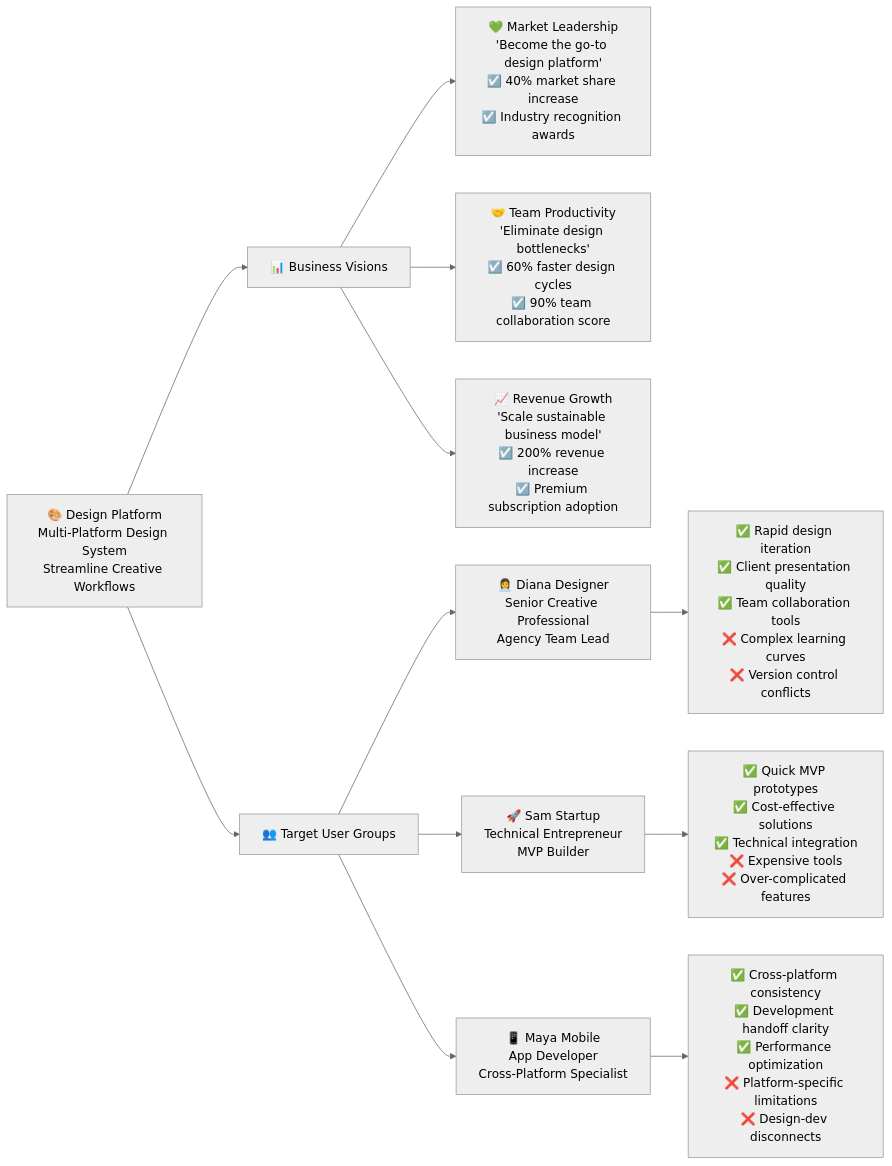
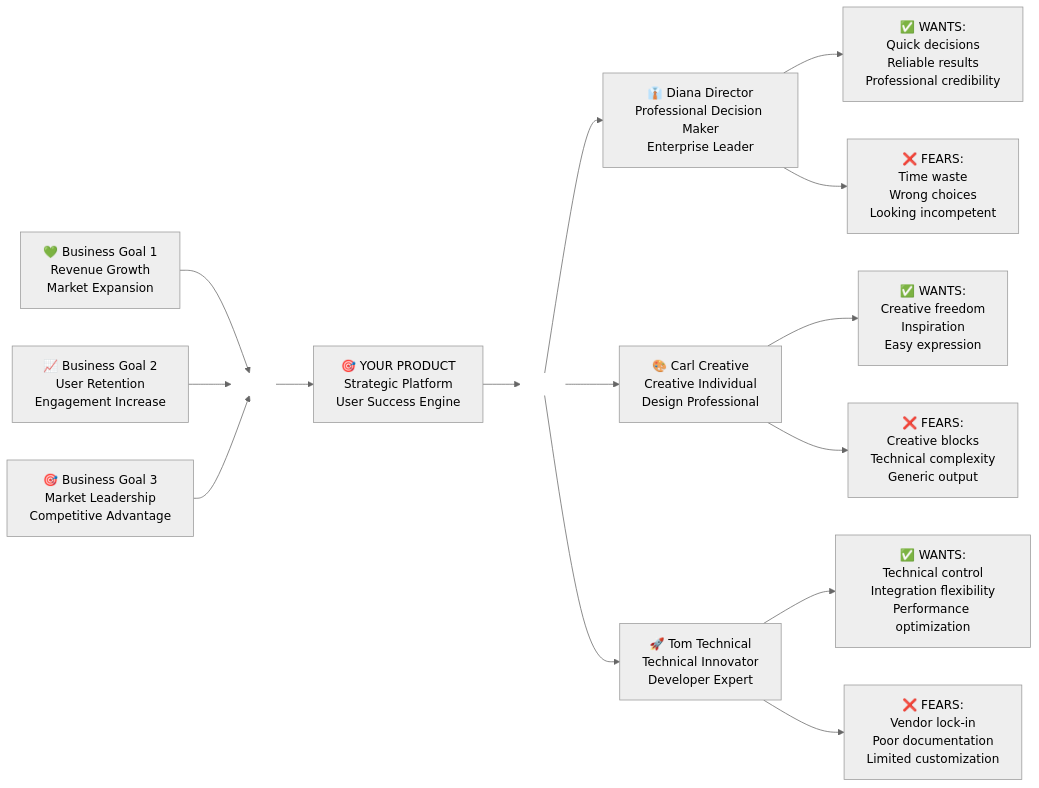
One commit to whiteport-collective/whiteport-sketch-to-code-bmad-expansion changed the diagram in Method/00-whiteport-method.md. Above: the diagram before and after it, drawn with Mermaid (neutral theme). The commit also changed 4 other files, not shown here.

````diff
--- a/Method/00-whiteport-method.md
+++ b/Method/00-whiteport-method.md
@@ -70,22 +70,51 @@
 ```mermaid
-graph LR
-    %% Central Project Node
-    PROJECT["🎨 Design Platform<br/>Multi-Platform Design System<br/>Streamline Creative Workflows"]
+flowchart LR
+    %% Business Goals (Left Side)
+    B1["💚 Business Goal 1<br/>Revenue Growth<br/>Market Expansion"]
+    B2["📈 Business Goal 2<br/>User Retention<br/>Engagement Increase"] 
+    B3["🎯 Business Goal 3<br/>Market Leadership<br/>Competitive Advantage"]
     
-    %% Business Visions Branch
-    PROJECT --> BV["📊 Business Visions"]
-    BV --> BV1["💚 Market Leadership<br/>'Become the go-to design platform'<br/>☑️ 40% market share increase<br/>☑️ Industry recognition awards"]
-    BV --> BV2["🤝 Team Productivity<br/>'Eliminate design bottlenecks'<br/>☑️ 60% faster design cycles<br/>☑️ 90% team collaboration score"]
-    BV --> BV3["📈 Revenue Growth<br/>'Scale sustainable business model'<br/>☑️ 200% revenue increase<br/>☑️ Premium subscription adoption"]
+    %% Invisible convergence point for business goals
+    CONV1[" "]
+    style CONV1 fill:transparent,stroke:transparent
     
-    %% Target User Groups Branch  
-    PROJECT --> TG["👥 Target User Groups"]
-    TG --> TG1["👩‍💼 Diana Designer<br/>Senior Creative Professional<br/>Agency Team Lead"]
-    TG --> TG2["🚀 Sam Startup<br/>Technical Entrepreneur<br/>MVP Builder"]
-    TG --> TG3["📱 Maya Mobile<br/>App Developer<br/>Cross-Platform Specialist"]
+    %% Central Platform (Middle)
+    A["🎯 YOUR PRODUCT<br/>Strategic Platform<br/>User Success Engine"]
     
-    %% Usage Goals for Each Persona
-    TG1 --> UG1["✅ Rapid design iteration<br/>✅ Client presentation quality<br/>✅ Team collaboration tools<br/>❌ Complex learning curves<br/>❌ Version control conflicts"]
-    TG2 --> UG2["✅ Quick MVP prototypes<br/>✅ Cost-effective solutions<br/>✅ Technical integration<br/>❌ Expensive tools<br/>❌ Over-complicated features"]
-    TG3 --> UG3["✅ Cross-platform consistency<br/>✅ Development handoff clarity<br/>✅ Performance optimization<br/>❌ Platform-specific limitations<br/>❌ Design-dev disconnects"]
+    %% Invisible divergence point for target groups
+    DIV1[" "]
+    style DIV1 fill:transparent,stroke:transparent
+    
+    %% Target Groups (Right Side)
+    U1["👔 Diana Director<br/>Professional Decision Maker<br/>Enterprise Leader"]
+    U2["🎨 Carl Creative<br/>Creative Individual<br/>Design Professional"]
+    U3["🚀 Tom Technical<br/>Technical Innovator<br/>Developer Expert"]
+    
+    %% Usage Goals (Far Right)
+    U1P["✅ WANTS:<br/>Quick decisions<br/>Reliable results<br/>Professional credibility"]
+    U1N["❌ FEARS:<br/>Time waste<br/>Wrong choices<br/>Looking incompetent"]
+    
+    U2P["✅ WANTS:<br/>Creative freedom<br/>Inspiration<br/>Easy expression"]
+    U2N["❌ FEARS:<br/>Creative blocks<br/>Technical complexity<br/>Generic output"]
+    
+    U3P["✅ WANTS:<br/>Technical control<br/>Integration flexibility<br/>Performance optimization"]
+    U3N["❌ FEARS:<br/>Vendor lock-in<br/>Poor documentation<br/>Limited customization"]
+
+    %% Connections: Business Goals converge → Platform → Target Groups diverge → Usage Goals
+    B1 --> CONV1
+    B2 --> CONV1
+    B3 --> CONV1
+    CONV1 --> A
+    
+    A --> DIV1
+    DIV1 --> U1
+    DIV1 --> U2
+    DIV1 --> U3
+    
+    U1 --> U1P
+    U1 --> U1N
+    U2 --> U2P
+    U2 --> U2N
+    U3 --> U3P
+    U3 --> U3N
 ```
````
